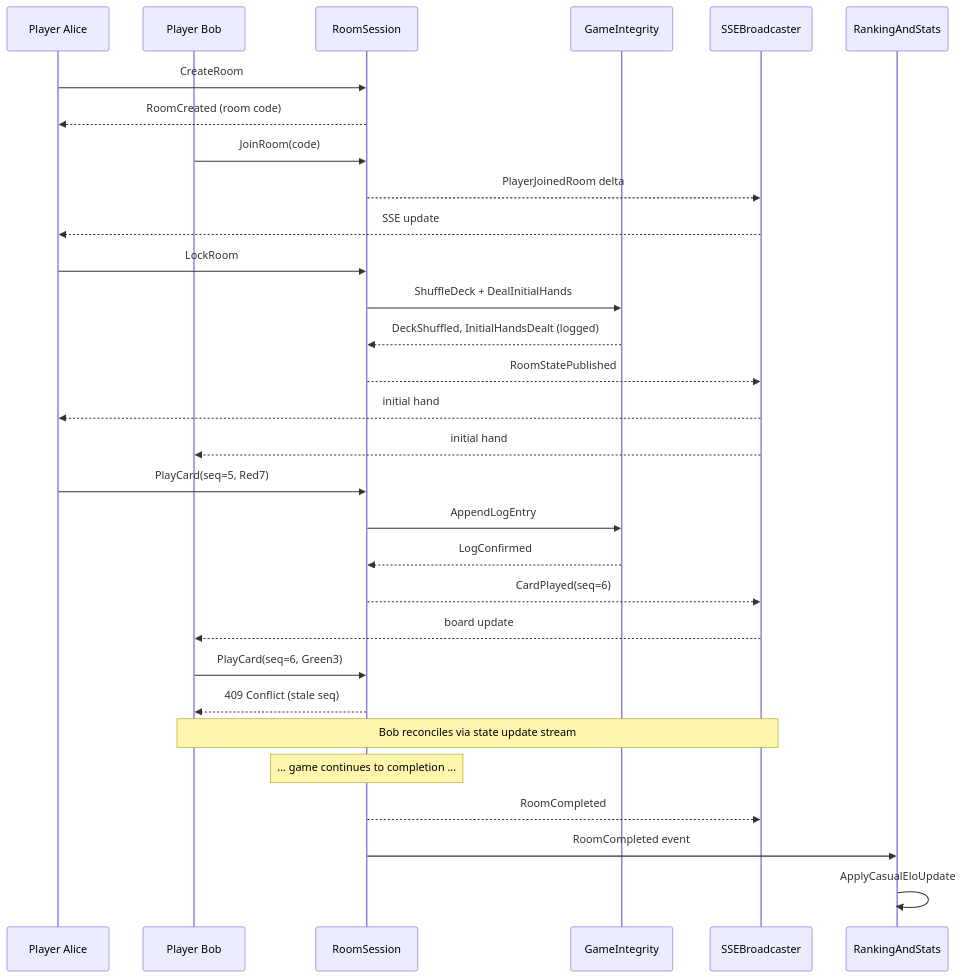
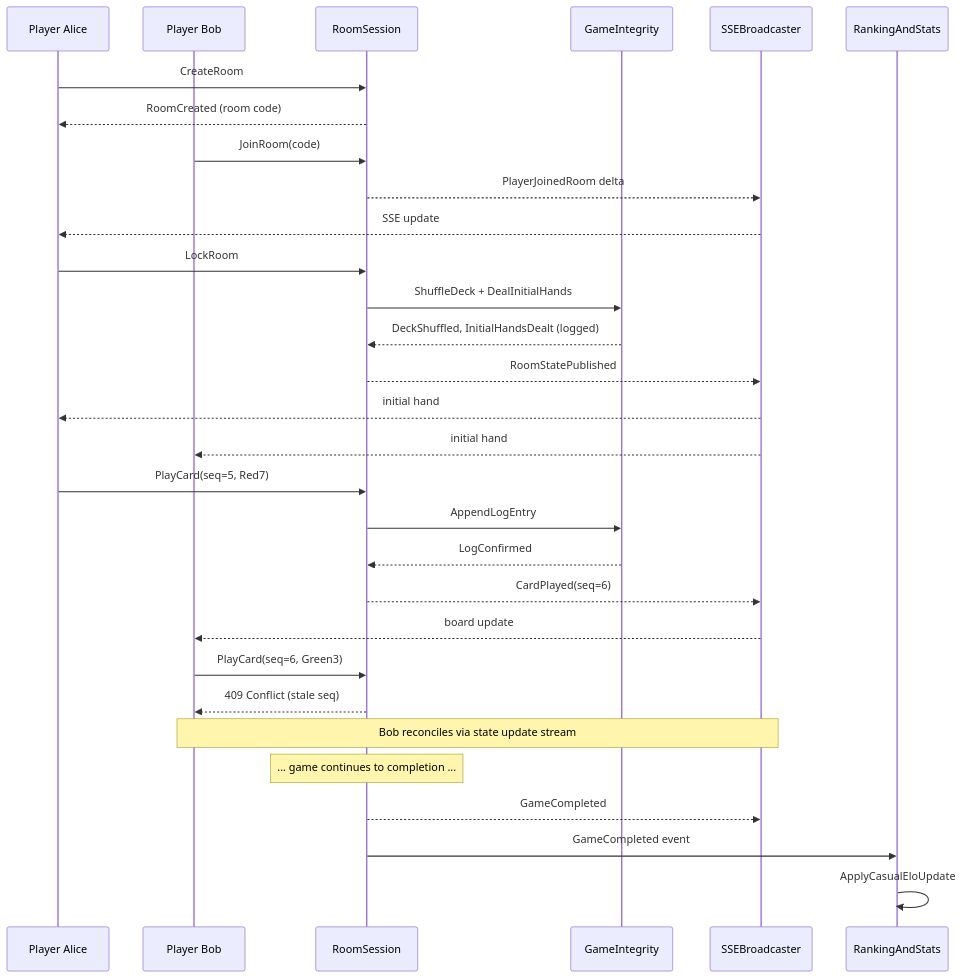
One commit to FSendot/uno-arena changed the first of 3 diagrams in docs/raw/Design Assignment.md. Above: the diagram before and after it, drawn with Mermaid. The commit also changed other lines of this file and 26 other files, not shown here.

````diff
--- a/docs/raw/Design Assignment.md
+++ b/docs/raw/Design Assignment.md
@@ -52,37 +52,37 @@
 ```mermaid
 sequenceDiagram
     participant Alice as Player Alice
     participant Bob as Player Bob
     participant RS as RoomSession
     participant GI as GameIntegrity
     participant SSE as SSEBroadcaster
     participant Rank as RankingAndStats
 
     Alice->>RS: CreateRoom
     RS-->>Alice: RoomCreated (room code)
     Bob->>RS: JoinRoom(code)
     RS-->>SSE: PlayerJoinedRoom delta
     SSE-->>Alice: SSE update
 
     Alice->>RS: LockRoom
     RS->>GI: ShuffleDeck + DealInitialHands
     GI-->>RS: DeckShuffled, InitialHandsDealt (logged)
     RS-->>SSE: RoomStatePublished
     SSE-->>Alice: initial hand
     SSE-->>Bob: initial hand
 
     Alice->>RS: PlayCard(seq=5, Red7)
     RS->>GI: AppendLogEntry
     GI-->>RS: LogConfirmed
     RS-->>SSE: CardPlayed(seq=6)
     SSE-->>Bob: board update
 
     Bob->>RS: PlayCard(seq=6, Green3)
     RS-->>Bob: 409 Conflict (stale seq)
     Note over Bob,SSE: Bob reconciles via state update stream
 
     Note over RS: ... game continues to completion ...
-    RS-->>SSE: RoomCompleted
-    RS->>Rank: RoomCompleted event
+    RS-->>SSE: GameCompleted
+    RS->>Rank: GameCompleted event
     Rank->>Rank: ApplyCasualEloUpdate
 ```
````
